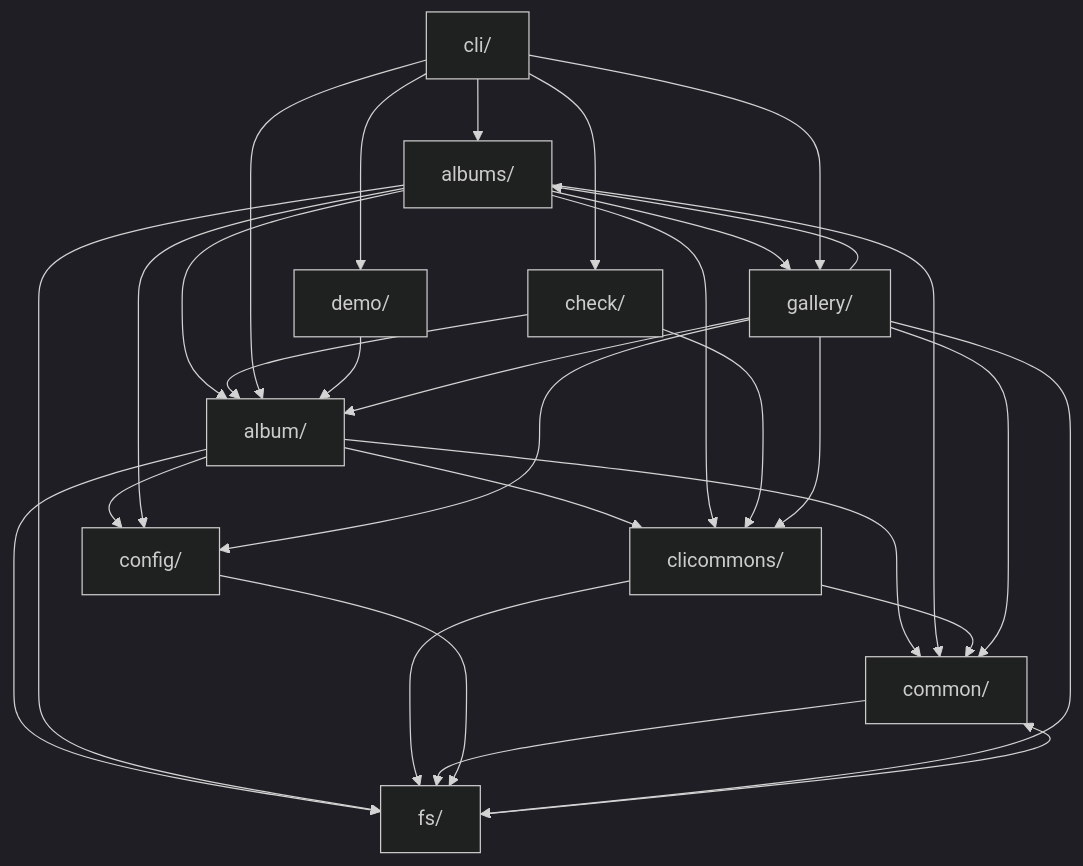
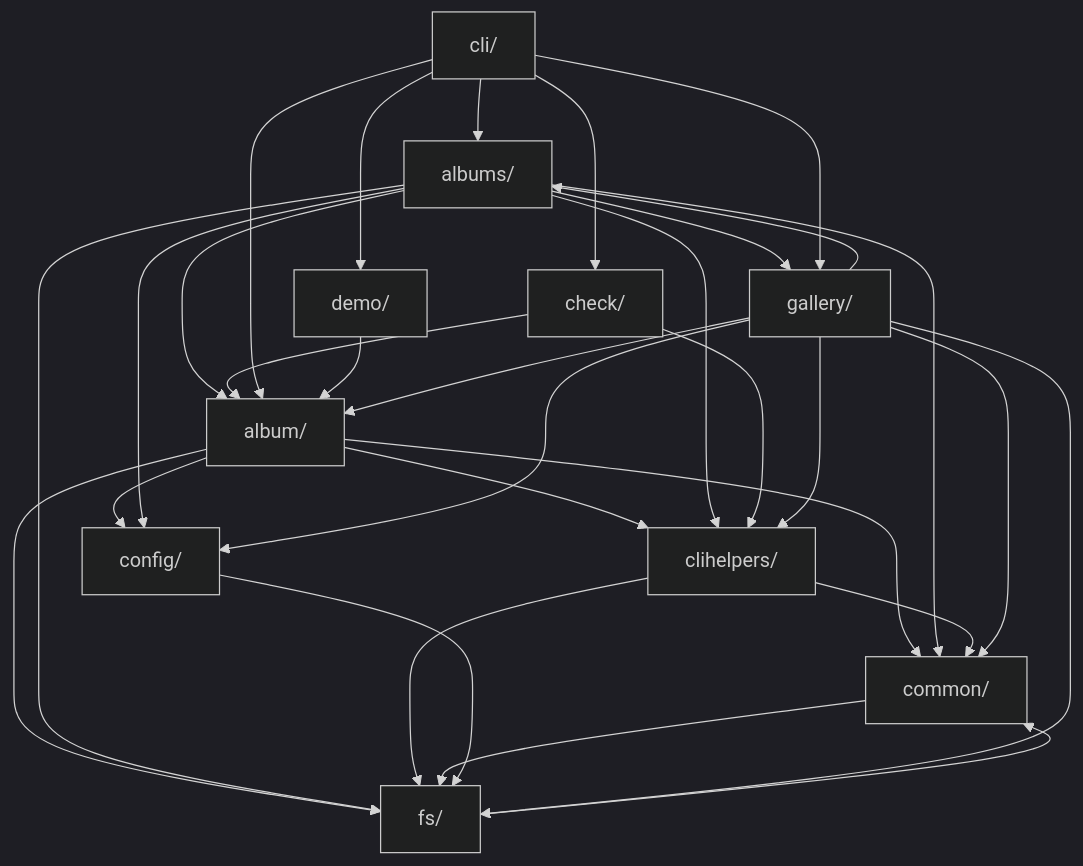
The diagram in docs/architecture.md (iglootools/photree), drawn with Mermaid (dark theme) before and after one commit. The commit also changed 35 other files, not shown here.

First line of the commit message:
refactor: rename clicommons/ to clihelpers/

````diff
--- a/docs/architecture.md
+++ b/docs/architecture.md
@@ -17,43 +17,43 @@
 ```mermaid
 graph TD
     album["album/"]
     albums["albums/"]
     check["check/"]
     cli["cli/"]
-    clicommons["clicommons/"]
+    clihelpers["clihelpers/"]
     common["common/"]
     config["config/"]
     demo["demo/"]
     fs["fs/"]
     gallery["gallery/"]
 
-    album --> clicommons
+    album --> clihelpers
     album --> common
     album --> config
     album --> fs
     albums --> album
-    albums --> clicommons
+    albums --> clihelpers
     albums --> common
     albums --> config
     albums --> fs
     albums --> gallery
     check --> album
-    check --> clicommons
+    check --> clihelpers
     cli --> album
     cli --> albums
     cli --> check
     cli --> demo
     cli --> gallery
-    clicommons --> common
-    clicommons --> fs
+    clihelpers --> common
+    clihelpers --> fs
     common --> fs
     config --> fs
     demo --> album
     fs --> common
     gallery --> album
     gallery --> albums
-    gallery --> clicommons
+    gallery --> clihelpers
     gallery --> common
     gallery --> config
     gallery --> fs
 ```
````
